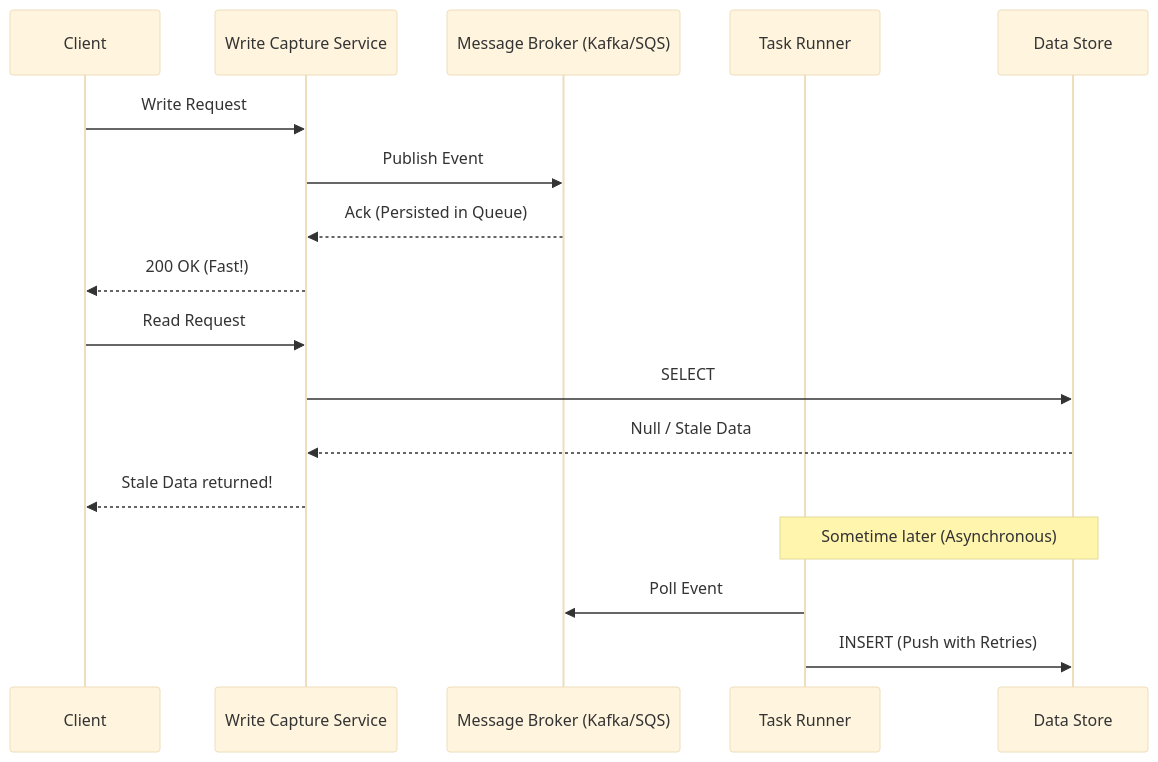
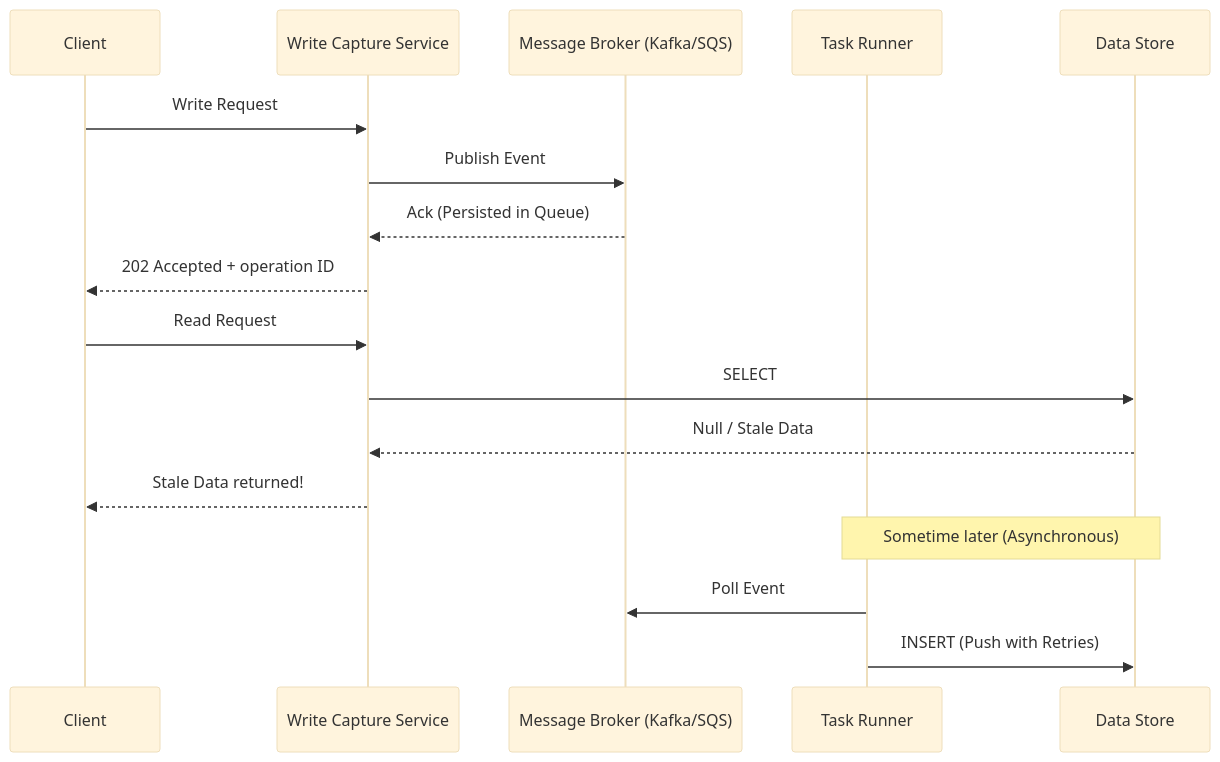
Before and after one commit to abhinnaagrawal/system-design-notes: the second of 6 diagrams in Core Concepts/Message Brokers and Consistency/README.md, drawn with Mermaid (base theme). The commit also changed other lines of this file and 83 other files, not shown here.

````diff
--- a/Core Concepts/Message Brokers and Consistency/README.md
+++ b/Core Concepts/Message Brokers and Consistency/README.md
@@ -53,22 +55,22 @@
 ```mermaid
 sequenceDiagram
     participant Client
     participant API as Write Capture Service
     participant Broker as Message Broker (Kafka/SQS)
     participant Runner as Task Runner
     participant DB as Data Store
     
     Client->>API: Write Request
     API->>Broker: Publish Event
     Broker-->>API: Ack (Persisted in Queue)
-    API-->>Client: 200 OK (Fast!)
+    API-->>Client: 202 Accepted + operation ID
     
     Client->>API: Read Request
     API->>DB: SELECT
     DB-->>API: Null / Stale Data
     API-->>Client: Stale Data returned!
     
     Note over Runner, DB: Sometime later (Asynchronous)
     Runner->>Broker: Poll Event
     Runner->>DB: INSERT (Push with Retries)
 ```
````
